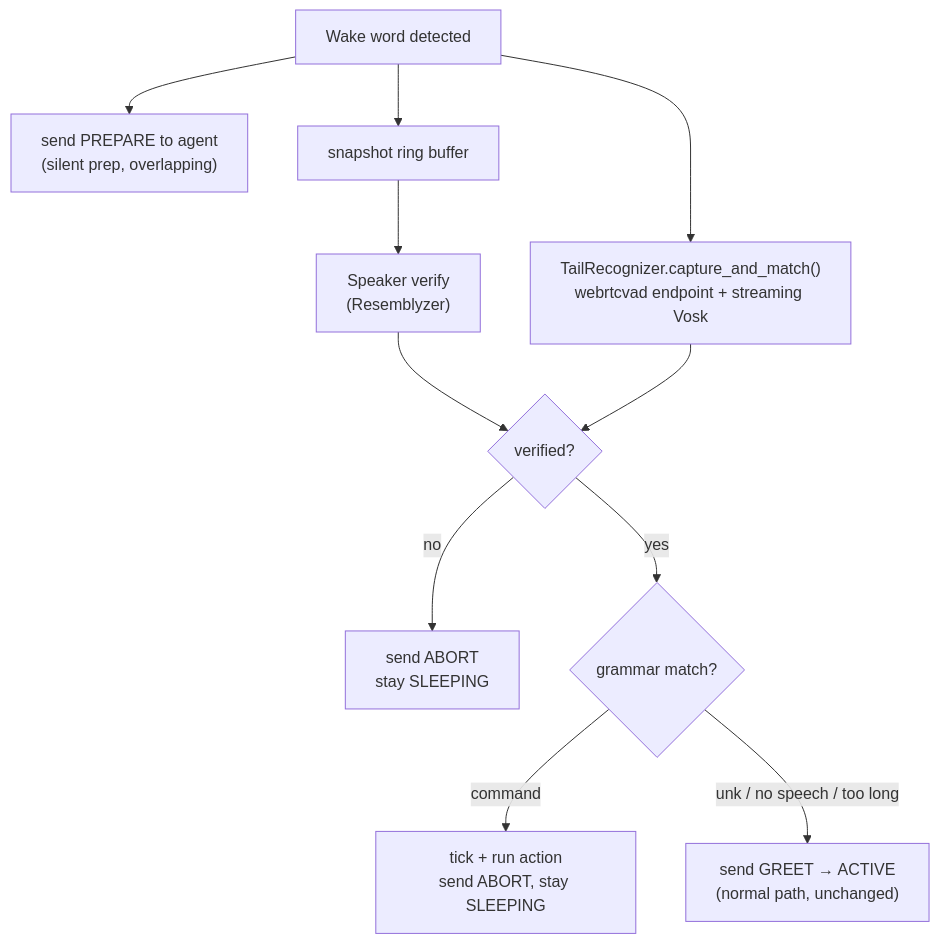
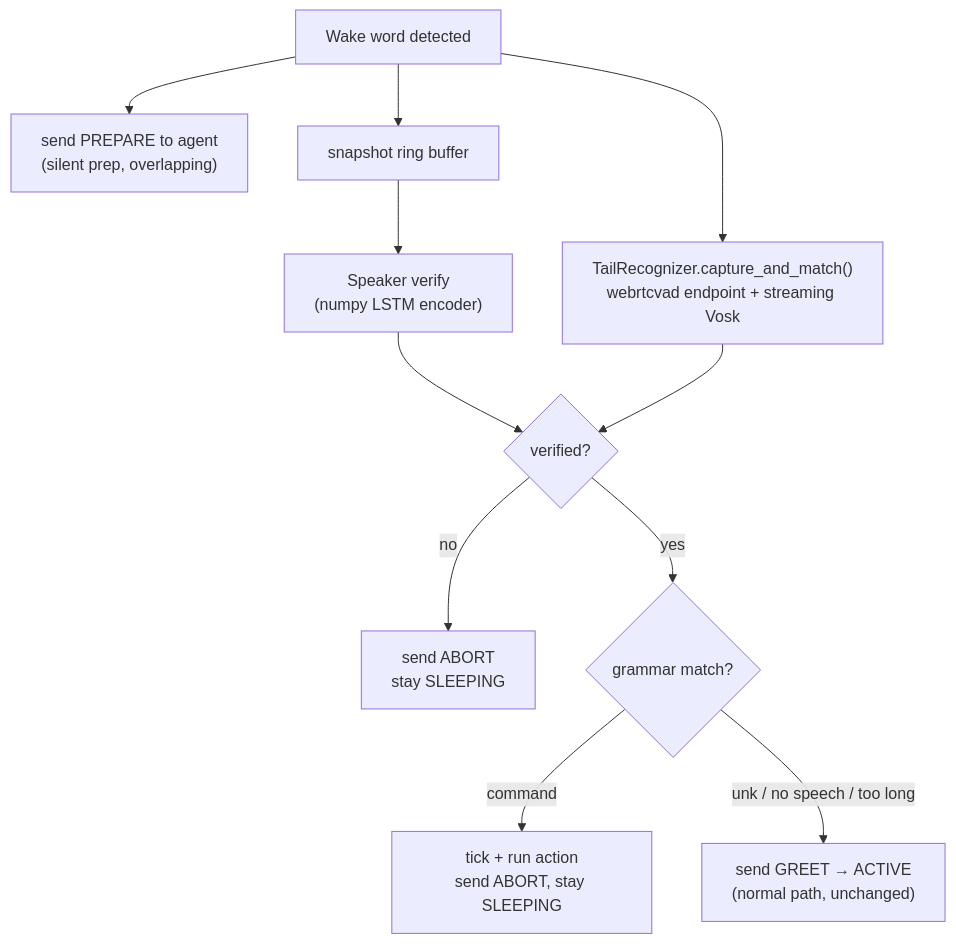
One commit to shivanshpayak/friday-tony-stark-demo changed the fourth of 8 diagrams in ARCHITECTURE.md. Above: the diagram before and after it, drawn with Mermaid. The commit also changed other lines of this file and 45 other files, not shown here.

````diff
--- a/ARCHITECTURE.md
+++ b/ARCHITECTURE.md
@@ -165,13 +166,13 @@
 ```mermaid
 flowchart TB
     WD["Wake word detected"] --> PREP["send PREPARE to agent<br/>(silent prep, overlapping)"]
     WD --> SNAP["snapshot ring buffer"]
-    SNAP --> VER["Speaker verify<br/>(Resemblyzer)"]
+    SNAP --> VER["Speaker verify<br/>(numpy LSTM encoder)"]
     WD --> CAP["TailRecognizer.capture_and_match()<br/>webrtcvad endpoint + streaming Vosk"]
     VER --> GATE{"verified?"}
     CAP --> GATE
     GATE -->|no| AB1["send ABORT<br/>stay SLEEPING"]
     GATE -->|yes| MATCH{"grammar match?"}
     MATCH -->|"command"| RUN["tick + run action<br/>send ABORT, stay SLEEPING"]
     MATCH -->|"unk / no speech / too long"| GREET["send GREET → ACTIVE<br/>(normal path, unchanged)"]
 ```
````
